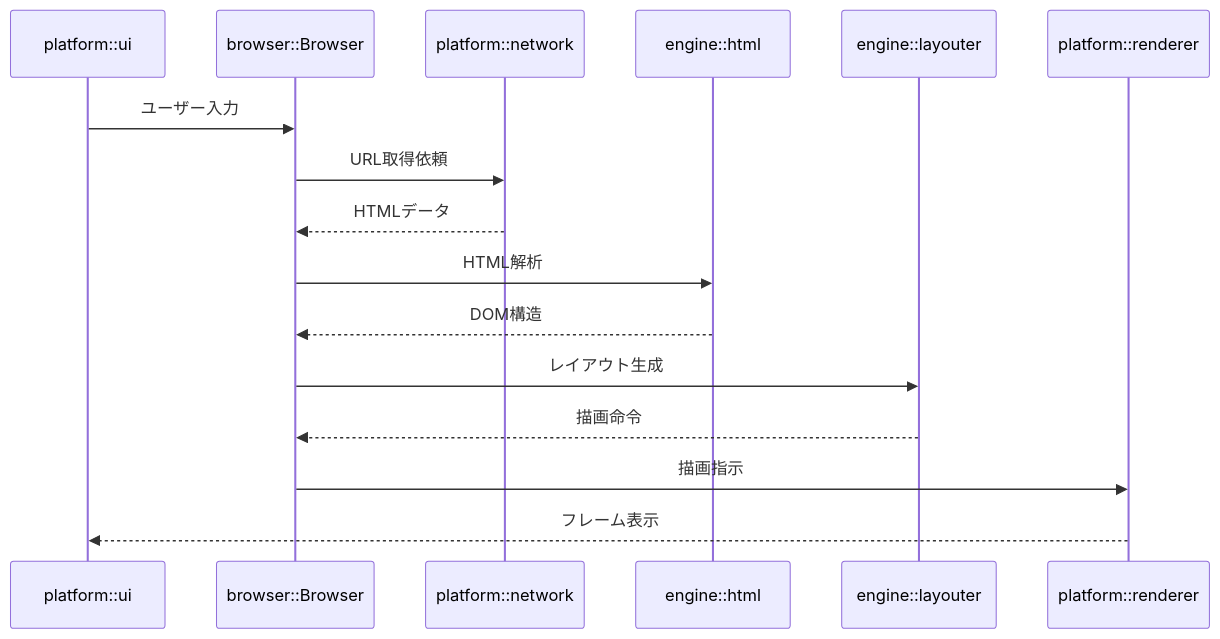
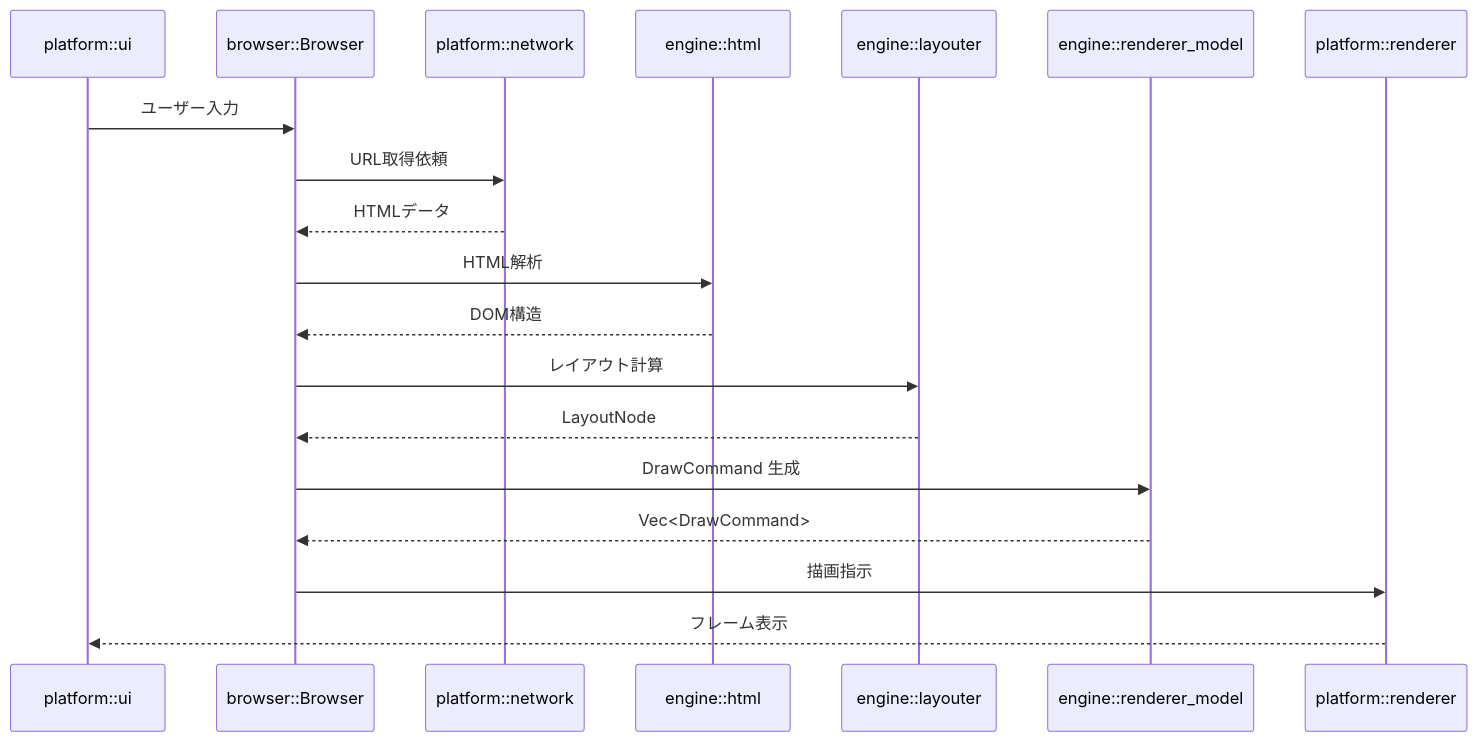
Before and after one commit to orinium-browser/orinium: the diagram in docs/ja/architecture.md, drawn with Mermaid. The commit also changed other lines of this file and 9 other files, not shown here.

````diff
--- a/docs/ja/architecture.md
+++ b/docs/ja/architecture.md
@@ -42,19 +45,22 @@
 ```mermaid
 sequenceDiagram
     participant UI as platform::ui
     participant Browser as browser::Browser
     participant Net as platform::network
     participant HTML as engine::html
-    participant Render as engine::layouter
+    participant Layout as engine::layouter
+    participant Draw as engine::renderer_model
     participant GPU as platform::renderer
 
     UI->>Browser: ユーザー入力
     Browser->>Net: URL取得依頼
     Net-->>Browser: HTMLデータ
     Browser->>HTML: HTML解析
     HTML-->>Browser: DOM構造
-    Browser->>Render: レイアウト生成
-    Render-->>Browser: 描画命令
+    Browser->>Layout: レイアウト計算
+    Layout-->>Browser: LayoutNode
+    Browser->>Draw: DrawCommand 生成
+    Draw-->>Browser: Vec<DrawCommand>
     Browser->>GPU: 描画指示
     GPU-->>UI: フレーム表示
 ```
````
